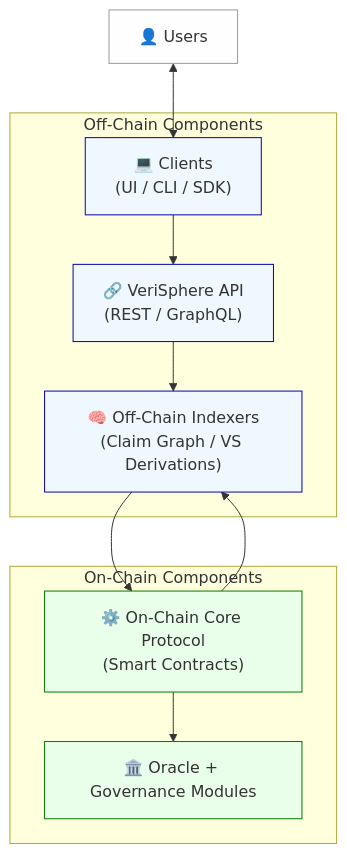
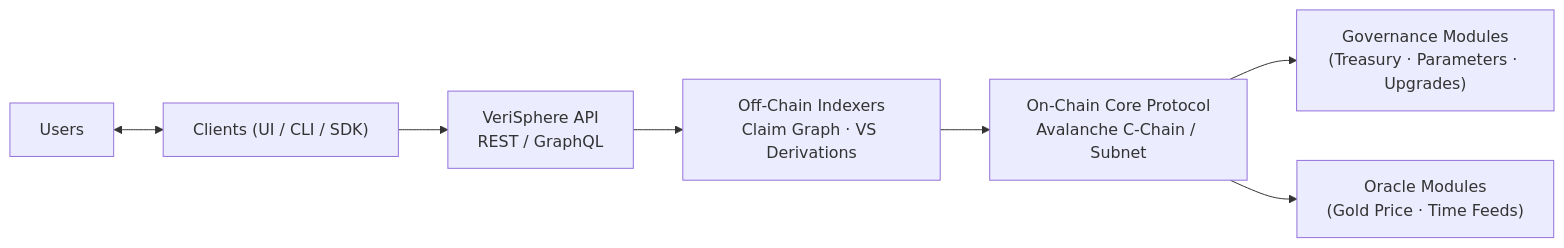
The diagram in architecture.md (VeriSphereVSP/docs), drawn with Mermaid before and after one commit. The commit also changed other lines of this file, not shown here.

First line of the commit message:
Revise architecture for Avalanche Edition

````diff
--- a/architecture.md
+++ b/architecture.md
@@ -35,31 +42,10 @@
 ```mermaid
-flowchart TD
-    subgraph OffChain[Off-Chain Components]
-        B["💻 Clients<br>(UI / CLI / SDK)"]
-        C["🔗 VeriSphere API<br>(REST / GraphQL)"]
-        D["🧠 Off-Chain Indexers<br>(Claim Graph / VS Derivations)"]
-
-        B --> C
-        C --> D
-    end
-
-    subgraph OnChain[On-Chain Components]
-        E["⚙️ On-Chain Core Protocol<br>(Smart Contracts)"]
-        F["🏛️ Oracle + Governance Modules"]
-
-        E --> F
-    end
-
-    A[👤 Users] <--> B
-    
-    D --> E
-    E --> D
-    %% Indexers read from the Smart Contracts
-
-    style A fill:#fefefe,stroke:#999,stroke-width:1px
-    style B fill:#f0f8ff,stroke:#00a,stroke-width:1px
-    style C fill:#f0f8ff,stroke:#00a,stroke-width:1px
-    style D fill:#f0f8ff,stroke:#00a,stroke-width:1px
-    style E fill:#eaffea,stroke:#070,stroke-width:1px
-    style F fill:#eaffea,stroke:#070,stroke-width:1px
+flowchart LR
+    U[Users]
+    U <--> C["Clients (UI / CLI / SDK)"]
+    C --> API["VeriSphere API<br/>REST / GraphQL"]
+    API --> IX["Off-Chain Indexers<br/>Claim Graph · VS Derivations"]
+    IX --> CH["On-Chain Core Protocol<br/>Avalanche C-Chain / Subnet"]
+    CH --> GOV["Governance Modules<br/>(Treasury · Parameters · Upgrades)"]
+    CH --> OR["Oracle Modules<br/>(Gold Price · Time Feeds)"]
 ```
````
